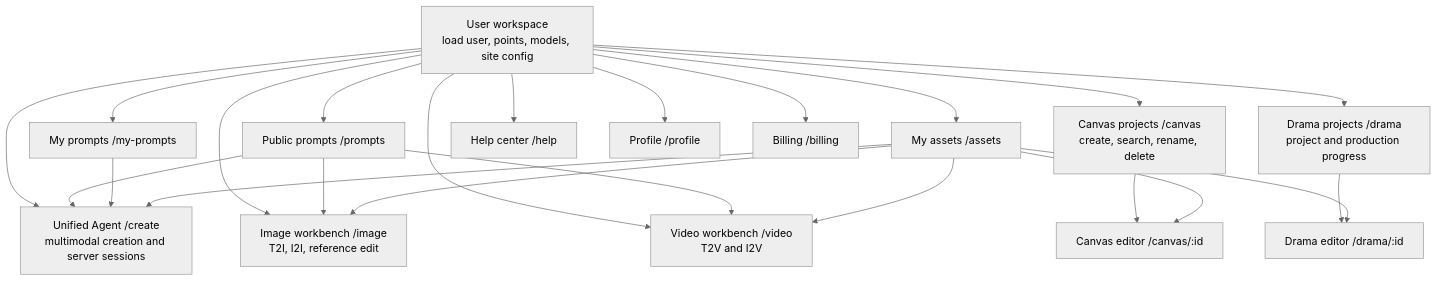
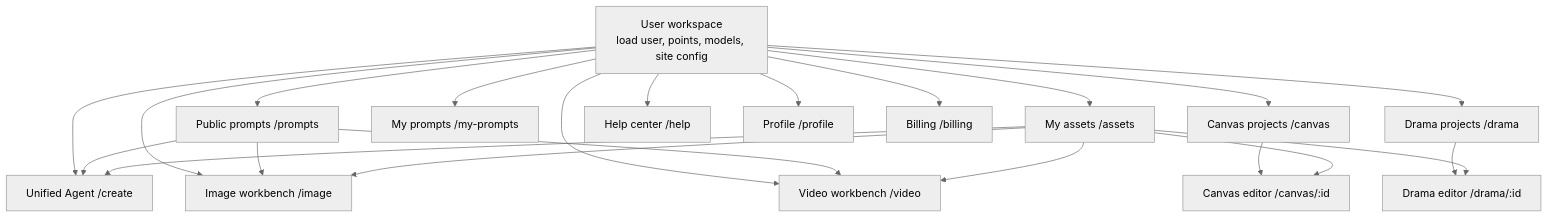
The second of 9 diagrams in README.en.md (jiujiu532/JoveCanvas), drawn with Mermaid (neutral theme) before and after one commit. The commit also changed other lines of this file and 1 other file, not shown here.

First line of the commit message:
docs: README 品牌改为 JoveCanvas 并清理上游痕迹

````diff
--- a/README.en.md
+++ b/README.en.md
@@ -82,32 +81,30 @@
 ```mermaid
 flowchart TB
     USER["User workspace<br/>load user, points, models, site config"]
 
-    USER --> CREATE["Unified Agent /create<br/>multimodal creation and server sessions"]
-    USER --> IMAGE["Image workbench /image<br/>T2I, I2I, reference edit"]
-    USER --> VIDEO["Video workbench /video<br/>T2V and I2V"]
+    USER --> CREATE["Unified Agent /create"]
+    USER --> IMAGE["Image workbench /image"]
+    USER --> VIDEO["Video workbench /video"]
 
-    USER --> CANVAS["Canvas projects /canvas<br/>create, search, rename, delete"]
+    USER --> CANVAS["Canvas projects /canvas"]
     CANVAS --> CANVAS_ID["Canvas editor /canvas/:id"]
 
-    USER --> DRAMA["Drama projects /drama<br/>project and production progress"]
+    USER --> DRAMA["Drama projects /drama"]
     DRAMA --> DRAMA_ID["Drama editor /drama/:id"]
 
     USER --> PROMPTS["Public prompts /prompts"]
     USER --> MY_PROMPTS["My prompts /my-prompts"]
     USER --> ASSETS["My assets /assets"]
     USER --> HELP["Help center /help"]
     USER --> PROFILE["Profile /profile"]
     USER --> BILLING["Billing /billing"]
 
     PROMPTS --> CREATE
     PROMPTS --> IMAGE
     PROMPTS --> VIDEO
-
-    MY_PROMPTS --> CREATE
     ASSETS --> CREATE
     ASSETS --> IMAGE
     ASSETS --> VIDEO
     ASSETS --> CANVAS_ID
     ASSETS --> DRAMA_ID
 ```
````
